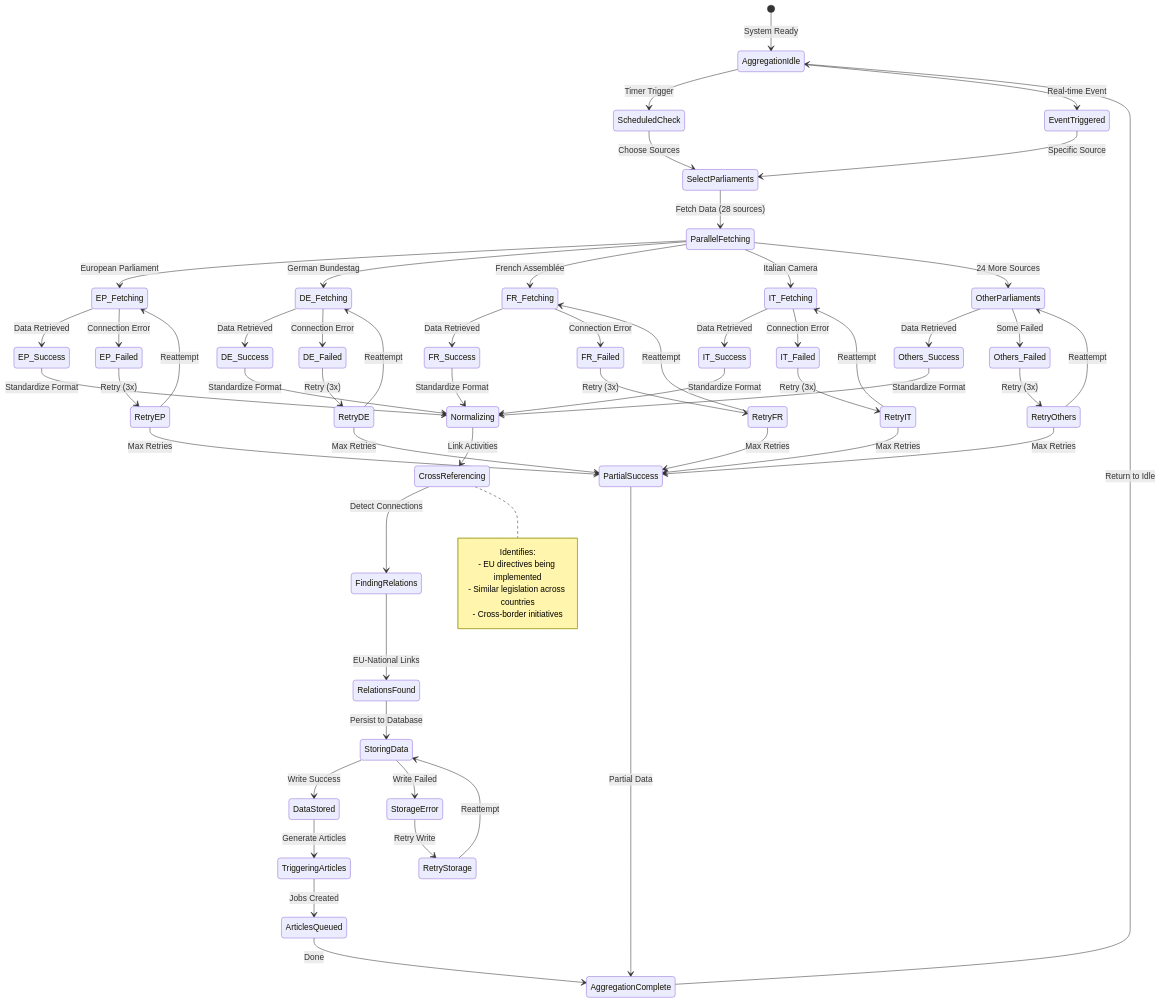
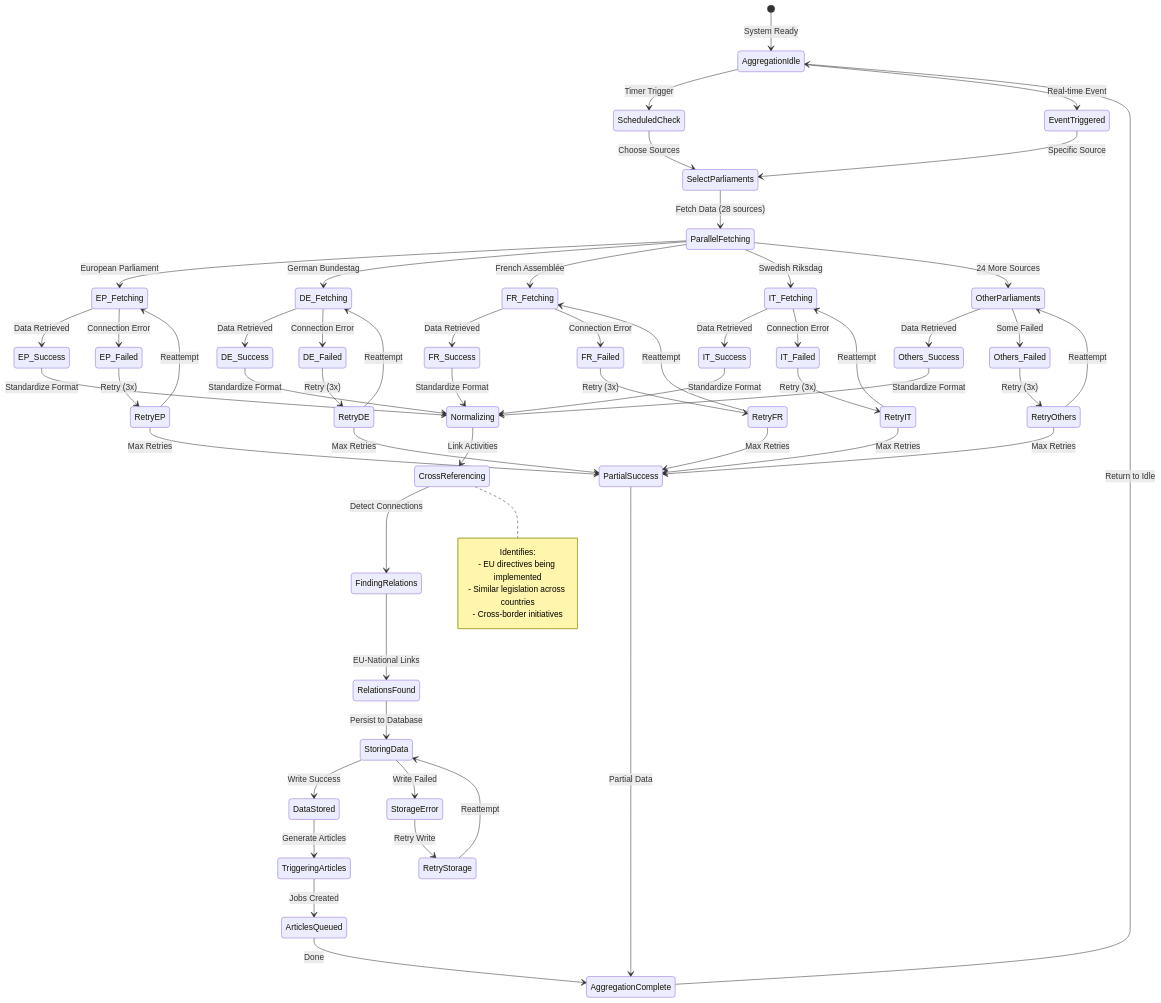
The fifth of 7 diagrams in FUTURE_STATEDIAGRAM.md (Hack23/euparliamentmonitor), drawn with Mermaid before and after one commit. The commit also changed 44 other files, not shown here.

```diff
--- a/FUTURE_STATEDIAGRAM.md
+++ b/FUTURE_STATEDIAGRAM.md
@@ -533,7 +533,7 @@
     ParallelFetching --> EP_Fetching: European Parliament
     ParallelFetching --> DE_Fetching: German Bundestag
     ParallelFetching --> FR_Fetching: French Assemblée
-    ParallelFetching --> IT_Fetching: Italian Camera
+    ParallelFetching --> IT_Fetching: Swedish Riksdag
     ParallelFetching --> OtherParliaments: 24 More Sources
 
     EP_Fetching --> EP_Success: Data Retrieved
```
